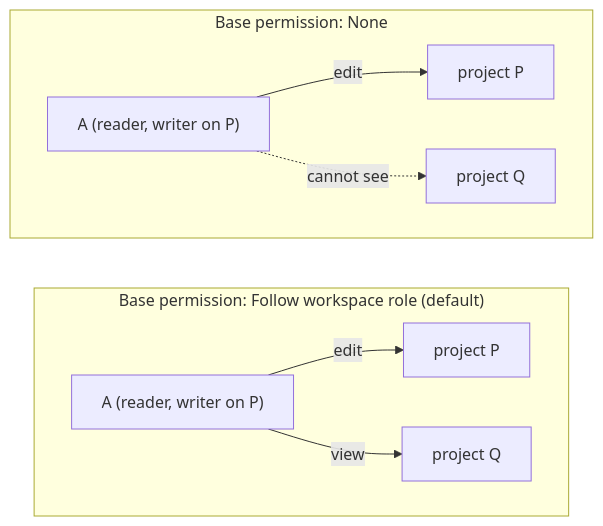
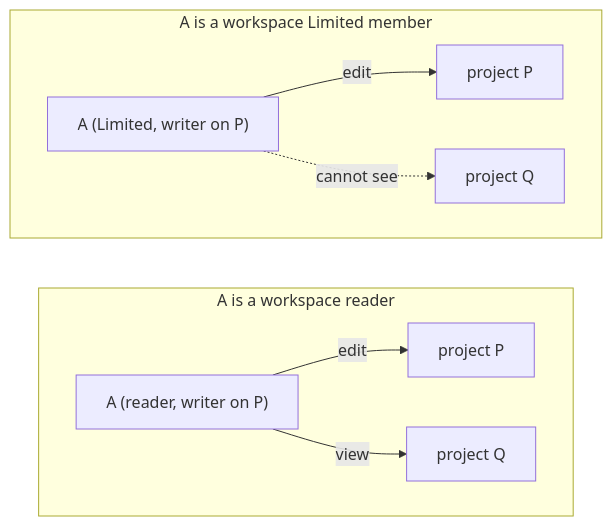
Before and after one commit to reearth/reearth-accounts: the sixth of 6 diagrams in server/docs/usecase/resource-role-binding.md, drawn with Mermaid. The commit also changed other lines of this file and 1 other file, not shown here.

First line of the commit message:
docs(server): drop the workspace base permission and add a Limited workspace role

````diff
--- a/server/docs/usecase/resource-role-binding.md
+++ b/server/docs/usecase/resource-role-binding.md
@@ -1388,13 +1472,13 @@
 ```mermaid
 flowchart LR
-    subgraph D["Base permission: Follow workspace role (default)"]
+    subgraph D["A is a workspace reader"]
         direction LR
         A1["A (reader, writer on P)"] -- "edit" --> P1["project P"]
         A1 -- "view" --> Q1["project Q"]
     end
-    subgraph N["Base permission: None"]
+    subgraph N["A is a workspace Limited member"]
         direction LR
-        A2["A (reader, writer on P)"] -- "edit" --> P2["project P"]
+        A2["A (Limited, writer on P)"] -- "edit" --> P2["project P"]
         A2 -. "cannot see" .-> Q2["project Q"]
     end
 ```
````
